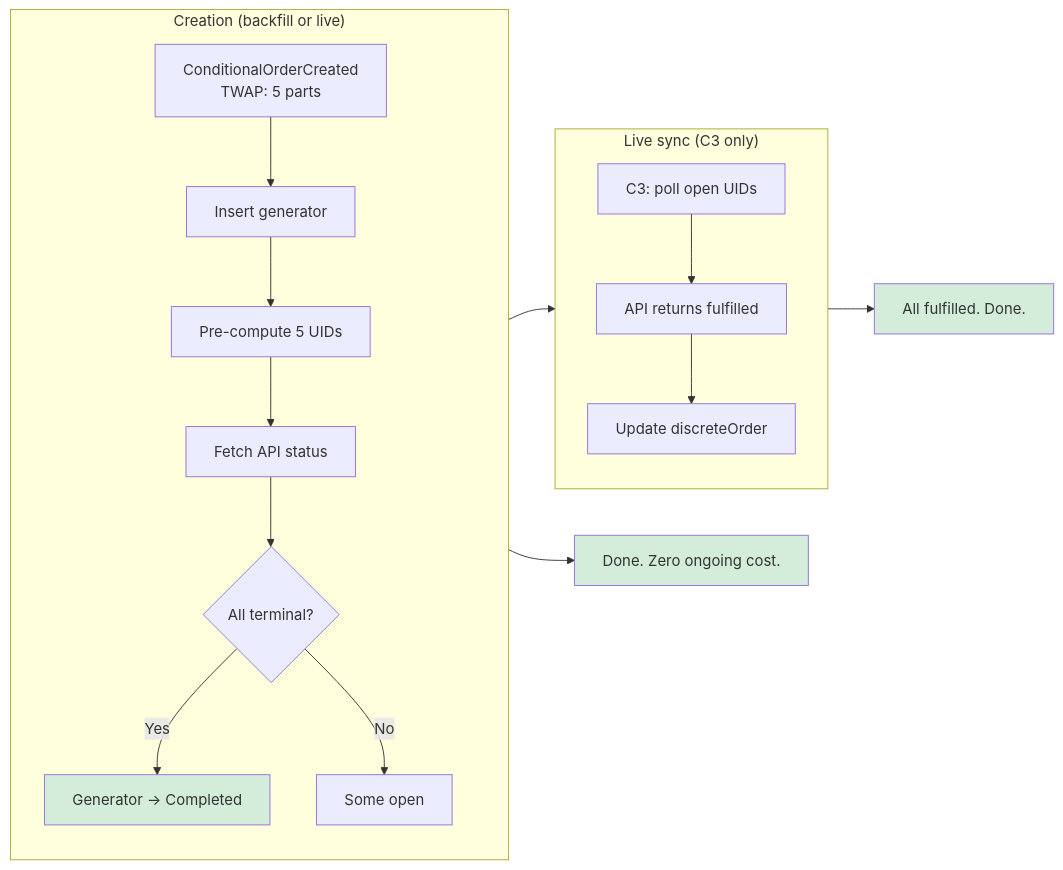
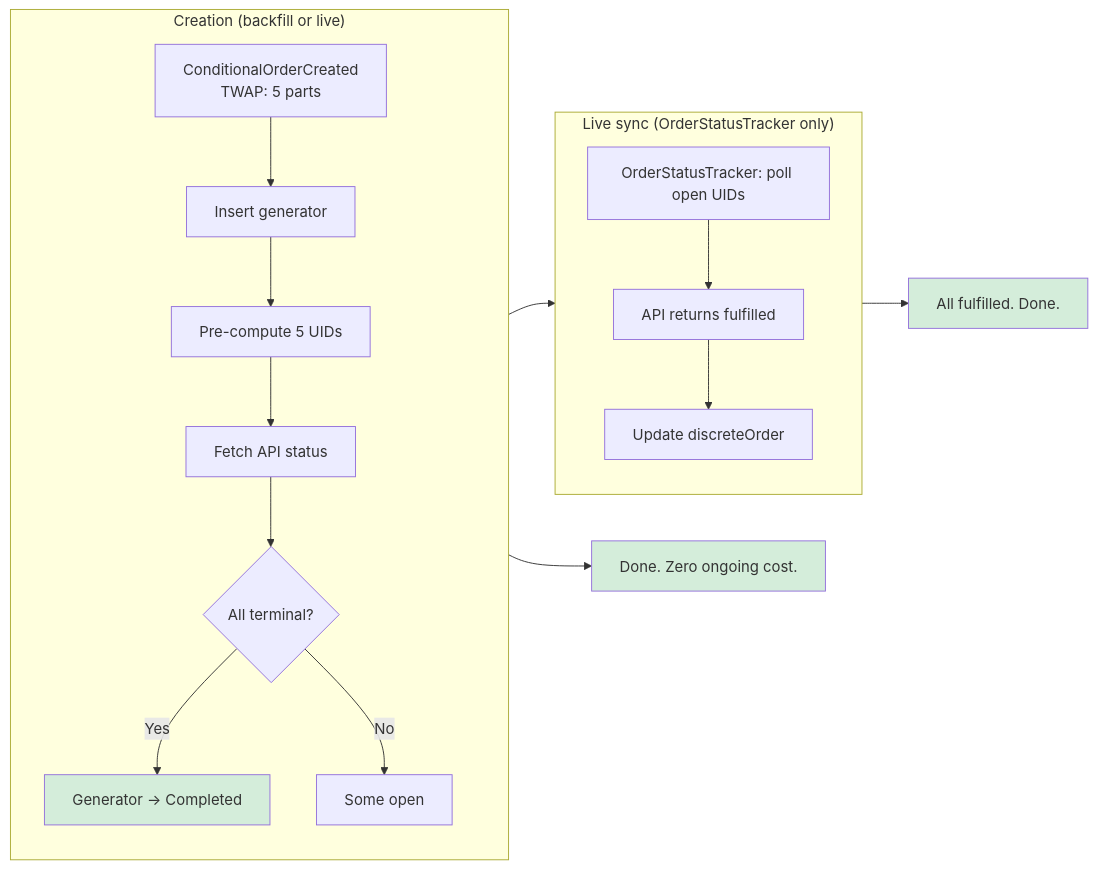
The fourth of 7 diagrams in agent_docs/m3-orderbook-integration-flow.md (bleu/cow-programmatic-orders-api), drawn with Mermaid before and after one commit. The commit also changed other lines of this file and 12 other files, not shown here.

````diff
--- a/agent_docs/m3-orderbook-integration-flow.md
+++ b/agent_docs/m3-orderbook-integration-flow.md
@@ -518,32 +518,32 @@
 ```mermaid
 flowchart LR
     subgraph Creation["Creation (backfill or live)"]
         direction TB
         E1["ConditionalOrderCreated<br/>TWAP: 5 parts"]
         E2["Insert generator"]
         E3["Pre-compute 5 UIDs"]
         E4["Fetch API status"]
         E5{"All terminal?"}
         E6["Generator → Completed"]
         E7["Some open"]
         E1 --> E2 --> E3 --> E4 --> E5
         E5 -->|Yes| E6
         E5 -->|No| E7
     end
 
-    subgraph Live["Live sync (C3 only)"]
+    subgraph Live["Live sync (OrderStatusTracker only)"]
         direction TB
-        L1["C3: poll open UIDs"]
+        L1["OrderStatusTracker: poll open UIDs"]
         L2["API returns fulfilled"]
         L3["Update discreteOrder"]
         L1 --> L2 --> L3
     end
 
     E7 --> Live
     E6 --> Done["Done. Zero ongoing cost."]
     L3 --> Done2["All fulfilled. Done."]
 
     style E6 fill:#d4edda
     style Done fill:#d4edda
     style Done2 fill:#d4edda
 ```
````
